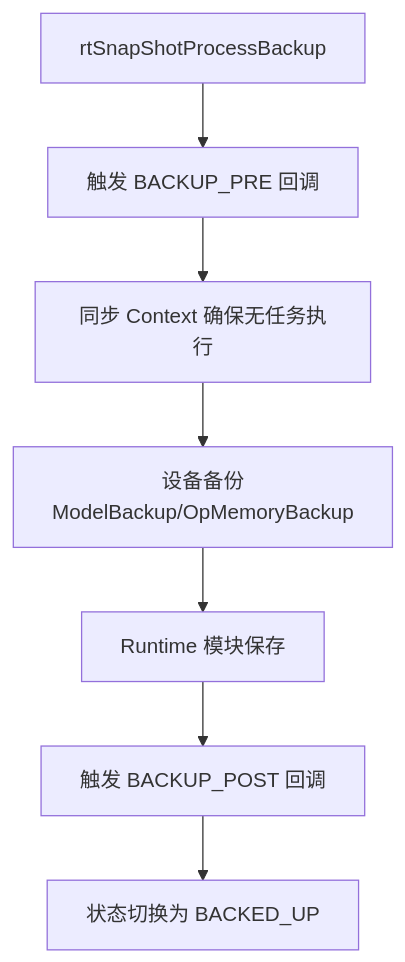
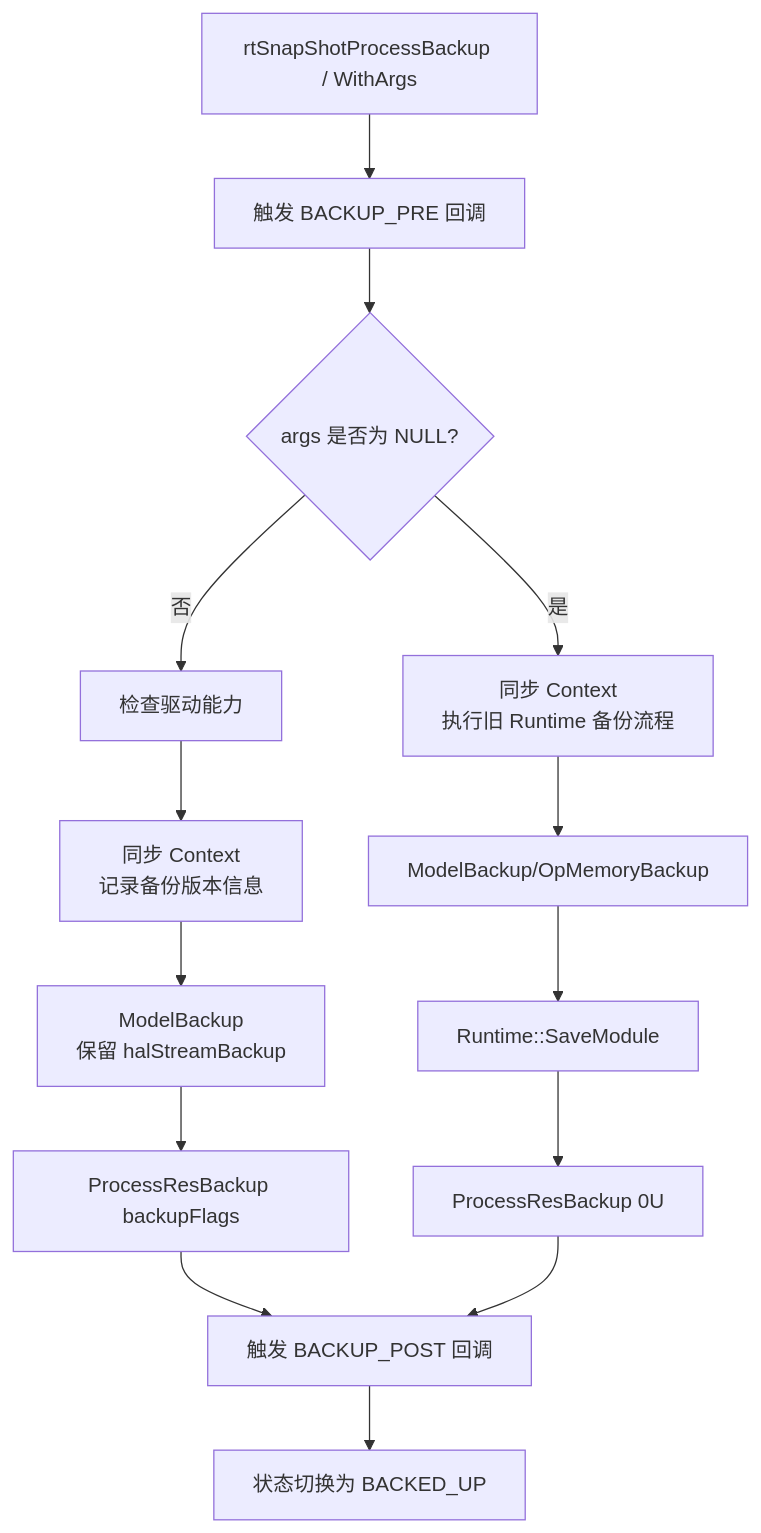
The fourth of 10 diagrams in docs/zh/design/features/snapshot.md (hicann/runtime), drawn with Mermaid before and after one commit. The commit also changed other lines of this file and 101 other files, not shown here.

````diff
--- a/docs/zh/design/features/snapshot.md
+++ b/docs/zh/design/features/snapshot.md
@@ -204,9 +271,16 @@
 ```mermaid
 flowchart TD
-    A[rtSnapShotProcessBackup] --> B[触发 BACKUP_PRE 回调]
-    B --> C[同步 Context 确保无任务执行]
-    C --> D[设备备份<br/>ModelBackup/OpMemoryBackup]
-    D --> E[Runtime 模块保存]
-    E --> F[触发 BACKUP_POST 回调]
-    F --> G[状态切换为 BACKED_UP]
+    A[rtSnapShotProcessBackup / WithArgs] --> B[触发 BACKUP_PRE 回调]
+    B --> C{args 是否为 NULL?}
+    C -- 否 --> D[检查驱动能力]
+    D --> E[同步 Context<br/>记录备份版本信息]
+    E --> F[ModelBackup<br/>保留 halStreamBackup]
+    F --> G[ProcessResBackup backupFlags]
+    C -- 是 --> H[同步 Context<br/>执行旧 Runtime 备份流程]
+    H --> I[ModelBackup/OpMemoryBackup]
+    I --> J[Runtime::SaveModule]
+    J --> K[ProcessResBackup 0U]
+    G --> L[触发 BACKUP_POST 回调]
+    K --> L
+    L --> M[状态切换为 BACKED_UP]
 ```
````
